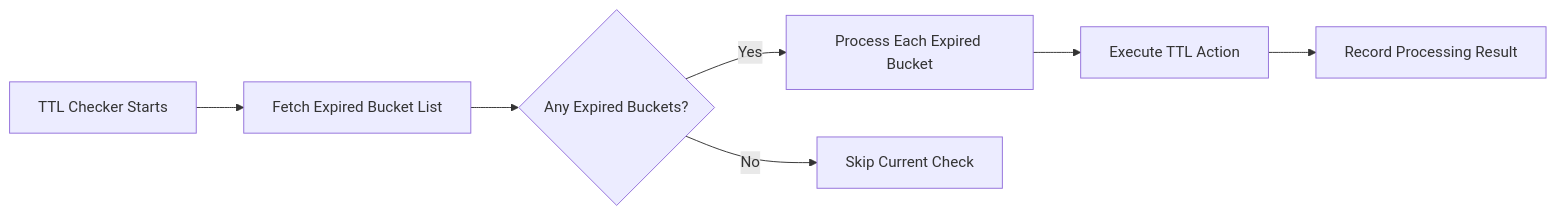
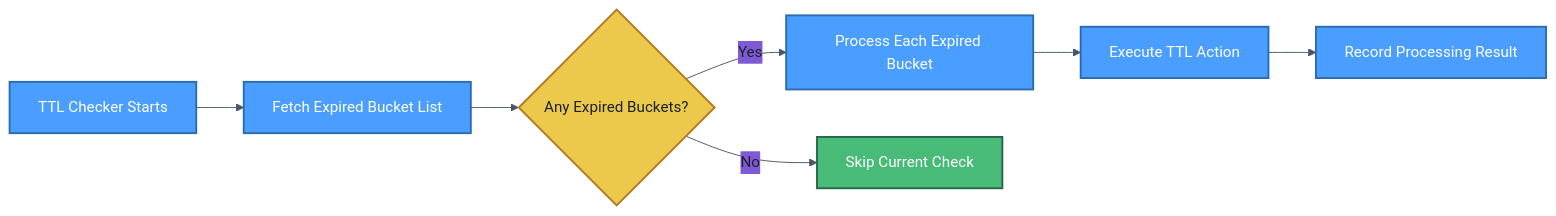
One commit to CurvineIO/curvine-doc changed the diagram in docs/3-User-Manuals/1-Key-Features/02-cache.md. Above: the diagram before and after it, drawn with Mermaid. The commit also changed other lines of this file and 43 other files, not shown here.

Commit message:
docs: enhance architecture and deployment documentation (#43)

````diff
--- a/docs/3-User-Manuals/1-Key-Features/02-cache.md
+++ b/docs/3-User-Manuals/1-Key-Features/02-cache.md
@@ -63,9 +69,17 @@
 ```mermaid
+%%{init: {'theme': 'base', 'themeVariables': { 'background': '#ffffff', 'primaryColor': '#4a9eff', 'primaryTextColor': '#1a202c', 'primaryBorderColor': '#3182ce', 'lineColor': '#4a5568', 'secondaryColor': '#805ad5', 'tertiaryColor': '#38a169', 'mainBkg': '#ffffff', 'nodeBorder': '#4a5568', 'clusterBkg': '#f8f9fa', 'clusterBorder': '#dee2e6', 'titleColor': '#1a202c'}}}%%
 flowchart LR
     A[TTL Checker Starts] --> B[Fetch Expired Bucket List]
     B --> C{Any Expired Buckets?}
     C -->|Yes| D[Process Each Expired Bucket]
     D --> E[Execute TTL Action]
     E --> F[Record Processing Result]
     C -->|No| G[Skip Current Check]
+
+    classDef stepStyle fill:#4a9eff,stroke:#2b6cb0,color:#fff,stroke-width:2px
+    classDef decisionStyle fill:#ecc94b,stroke:#b7791f,color:#1a202c,stroke-width:2px
+    classDef endStyle fill:#48bb78,stroke:#276749,color:#fff,stroke-width:2px
+    class A,B,D,E,F stepStyle
+    class C decisionStyle
+    class G endStyle
 ```
````
